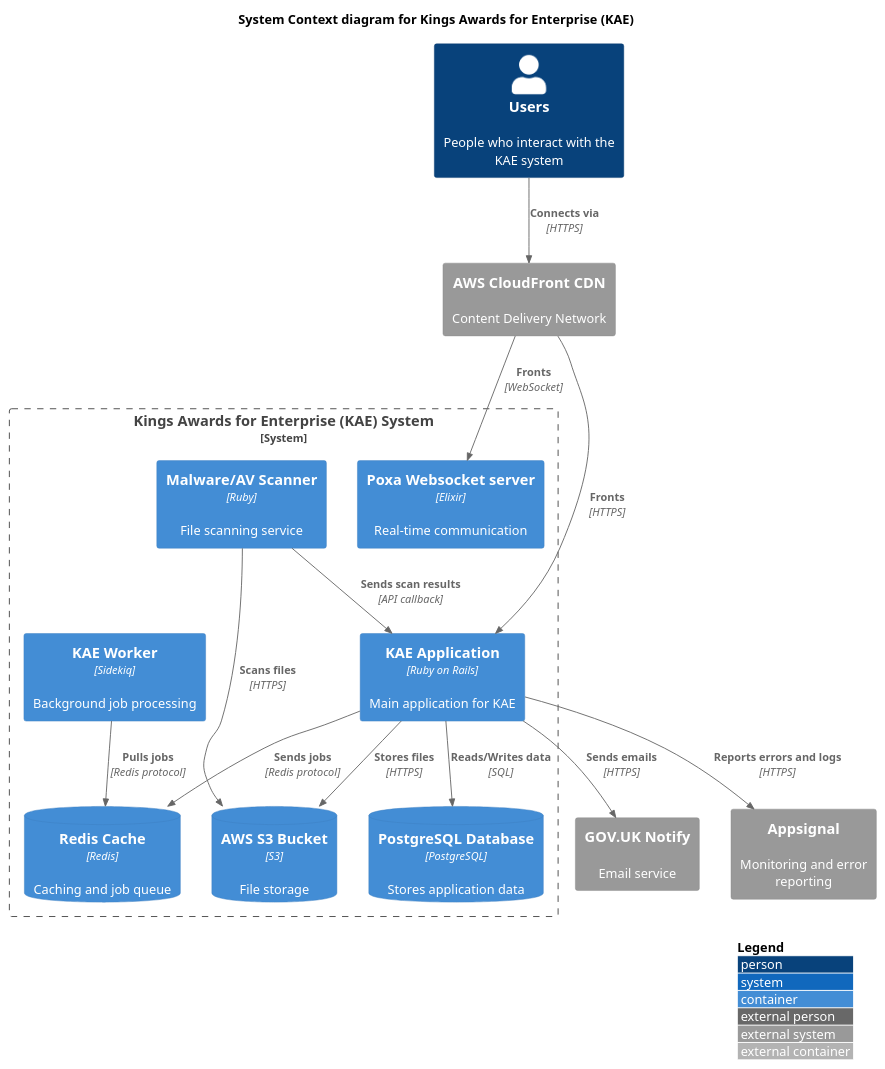
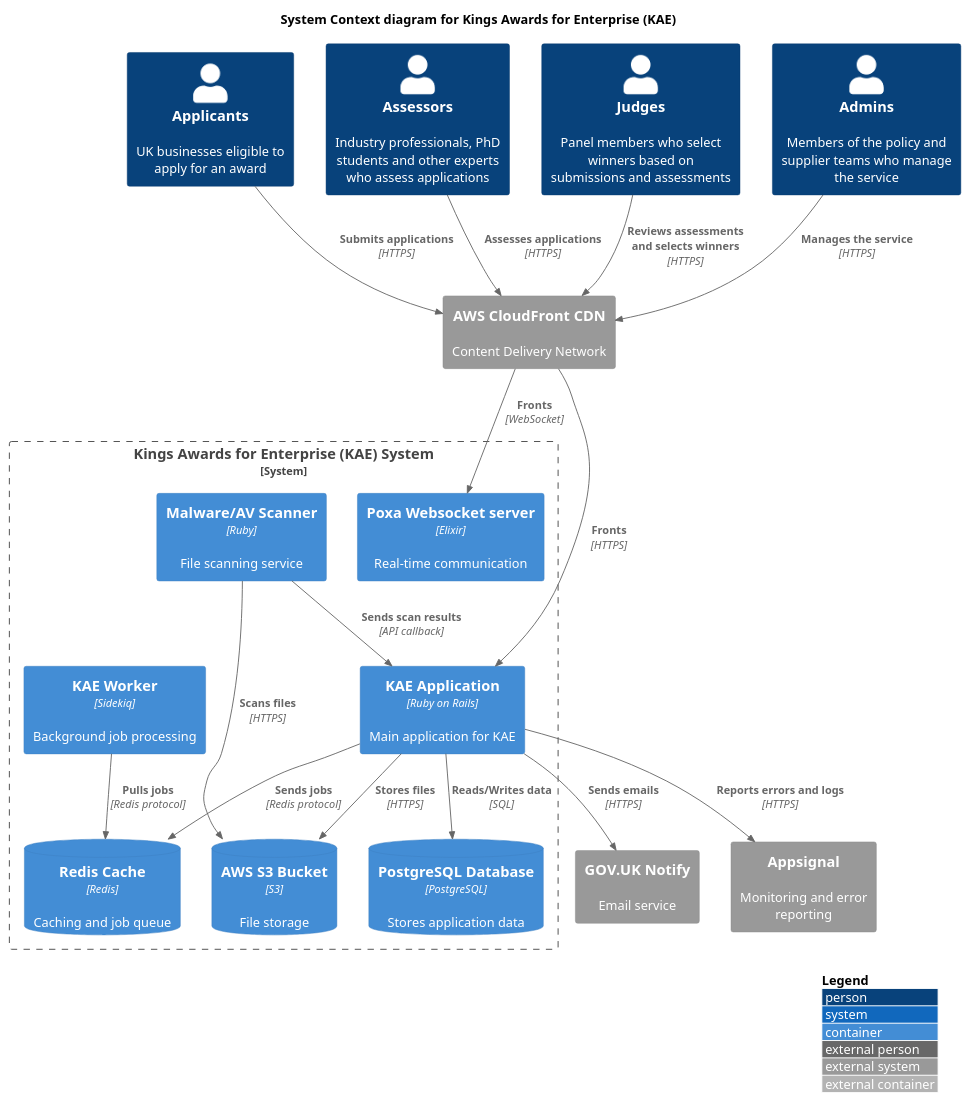
Before and after one commit to bitzesty/qae: the diagram in doc/architecture/diagrams/system_overview.puml, drawn with PlantUML. The commit also changed 1 other file, not shown here.

Commit message:
Update system diagram with user types

```diff
--- a/doc/architecture/diagrams/system_overview.puml
+++ b/doc/architecture/diagrams/system_overview.puml
@@ -1,38 +1,45 @@
 @startuml Kings Awards for Enterprise System Overview
 !include https://raw.githubusercontent.com/plantuml-stdlib/C4-PlantUML/master/C4_Container.puml
 
 LAYOUT_WITH_LEGEND()
 
 title System Context diagram for Kings Awards for Enterprise (KAE)
 
-Person(users, "Users", "People who interact with the KAE system")
+Person(applicants, "Applicants", "UK businesses eligible to apply for an award")
+Person(assessors, "Assessors", "Industry professionals, PhD students and other experts who assess applications")
+Person(judges, "Judges", "Panel members who select winners based on submissions and assessments")
+Person(admins, "Admins", "Members of the policy and supplier teams who manage the service")
 
 System_Boundary(kae_system, "Kings Awards for Enterprise (KAE) System") {
     Container(kae_app, "KAE Application", "Ruby on Rails", "Main application for KAE")
     Container(kae_worker, "KAE Worker", "Sidekiq", "Background job processing")
     Container(poxa, "Poxa Websocket server", "Elixir", "Real-time communication")
     Container(vigilion, "Malware/AV Scanner", "Ruby", "File scanning service")
     ContainerDb(postgres, "PostgreSQL Database", "PostgreSQL", "Stores application data")
     ContainerDb(redis, "Redis Cache", "Redis", "Caching and job queue")
     ContainerDb(s3, "AWS S3 Bucket", "S3", "File storage")
 }
 
 System_Ext(cdn, "AWS CloudFront CDN", "Content Delivery Network")
 System_Ext(notify, "GOV.UK Notify", "Email service")
 System_Ext(appsignal, "Appsignal", "Monitoring and error reporting")
 
-Rel(users, cdn, "Connects via", "HTTPS")
+Rel(applicants, cdn, "Submits applications", "HTTPS")
+Rel(assessors, cdn, "Assesses applications", "HTTPS")
+Rel(judges, cdn, "Reviews assessments and selects winners", "HTTPS")
+Rel(admins, cdn, "Manages the service", "HTTPS")
+
 Rel(cdn, kae_app, "Fronts", "HTTPS")
 Rel(cdn, poxa, "Fronts", "WebSocket")
 
 Rel(kae_app, postgres, "Reads/Writes data", "SQL")
 Rel(kae_app, redis, "Sends jobs", "Redis protocol")
 Rel(kae_worker, redis, "Pulls jobs", "Redis protocol")
 Rel(kae_app, s3, "Stores files", "HTTPS")
 Rel(vigilion, s3, "Scans files", "HTTPS")
 Rel(vigilion, kae_app, "Sends scan results", "API callback")
 
 Rel(kae_app, notify, "Sends emails", "HTTPS")
 Rel(kae_app, appsignal, "Reports errors and logs", "HTTPS")
 
 @enduml
```
